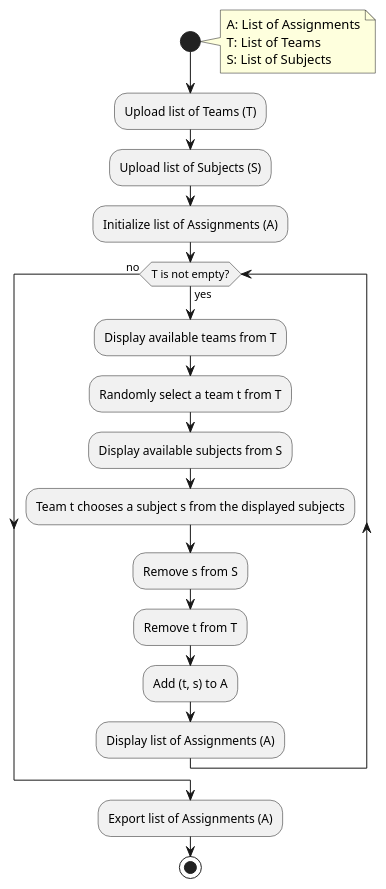
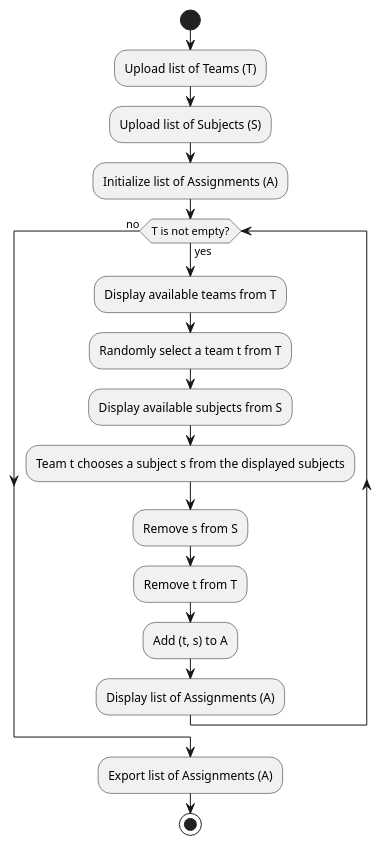
Before and after one commit to gl-ensias-community/gl-ensias: the diagram in uml/activity/pfa_distributer.plantuml, drawn with PlantUML.

Commit message:
Refactor PFA Distributer activity diagram

```diff
--- a/uml/activity/pfa_distributer.plantuml
+++ b/uml/activity/pfa_distributer.plantuml
@@ -1,32 +1,26 @@
 @startuml
 start
-
-note right
-  A: List of Assignments
-  T: List of Teams
-  S: List of Subjects
-end note
 
 :Upload list of Teams (T);
 :Upload list of Subjects (S);
 
 :Initialize list of Assignments (A);
 
 while (T is not empty?) is (yes)
     :Display available teams from T;
     :Randomly select a team t from T;
 
     :Display available subjects from S;
 
     :Team t chooses a subject s from the displayed subjects;
 
     :Remove s from S;
     :Remove t from T;
     :Add (t, s) to A;
     :Display list of Assignments (A);
 endwhile (no)
 
 :Export list of Assignments (A);
 
 stop
 @enduml
```
